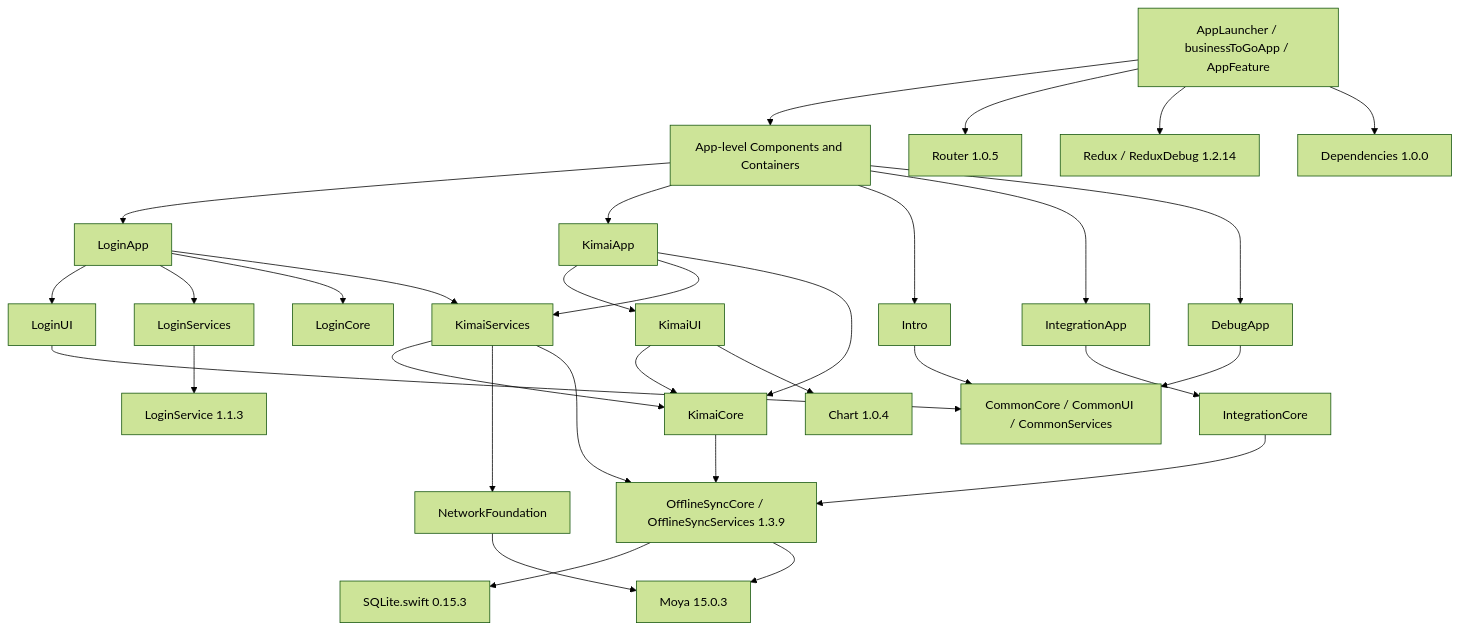
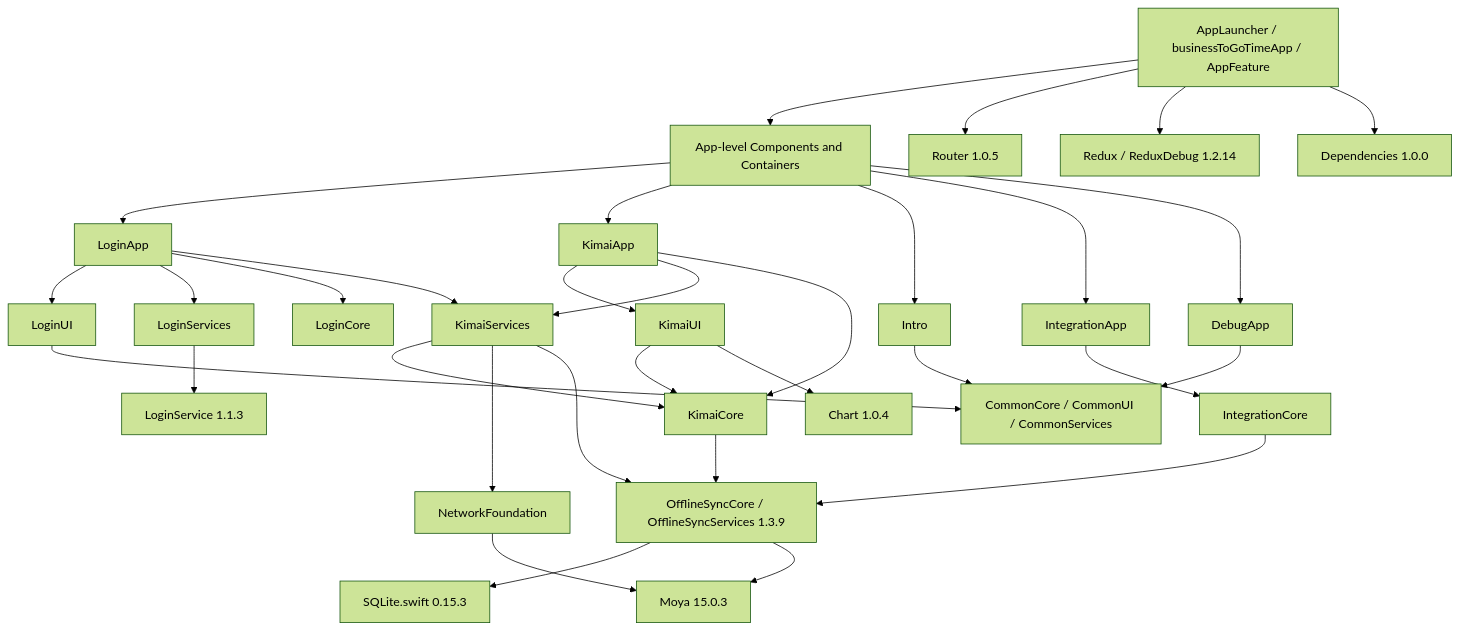
One commit to ManuelSelch/businessToGo-Time changed the second of 5 diagrams in docs/architecture/ARCHITECTURE.md. Above: the diagram before and after it, drawn with Mermaid (forest theme). The commit also changed other lines of this file and 50 other files, not shown here.

Commit message:
refactor(branding): rename app and project to businessToGo Time

````diff
--- a/docs/architecture/ARCHITECTURE.md
+++ b/docs/architecture/ARCHITECTURE.md
@@ -29,39 +29,39 @@
 ```mermaid
 flowchart TD
-    Shell[AppLauncher / businessToGoApp / AppFeature]
+    Shell[AppLauncher / businessToGoTimeApp / AppFeature]
     Components[App-level Components and Containers]
     Router[Router 1.0.5]
     Redux[Redux / ReduxDebug 1.2.14]
     DI[Dependencies 1.0.0]
     Shell --> Components
     Shell --> Router
     Shell --> Redux
     Shell --> DI
     Components --> LoginApp
     Components --> KimaiApp
     Components --> Intro
     Components --> IntegrationApp
     Components --> DebugApp
     LoginApp --> LoginUI
     LoginApp --> LoginServices
     LoginApp --> LoginCore
     LoginApp --> KimaiServices
     LoginServices --> LoginService[LoginService 1.1.3]
     KimaiApp --> KimaiUI
     KimaiApp --> KimaiServices
     KimaiApp --> KimaiCore
     KimaiUI --> KimaiCore
     KimaiUI --> Chart[Chart 1.0.4]
     KimaiServices --> KimaiCore
     KimaiServices --> NetworkFoundation
     KimaiCore --> OfflineSync[OfflineSyncCore / OfflineSyncServices 1.3.9]
     KimaiServices --> OfflineSync
     OfflineSync --> SQLite[SQLite.swift 0.15.3]
     OfflineSync --> Moya[Moya 15.0.3]
     NetworkFoundation --> Moya
     LoginUI --> Common[CommonCore / CommonUI / CommonServices]
     Intro --> Common
     DebugApp --> Common
     IntegrationApp --> IntegrationCore
     IntegrationCore --> OfflineSync
 ```
````
